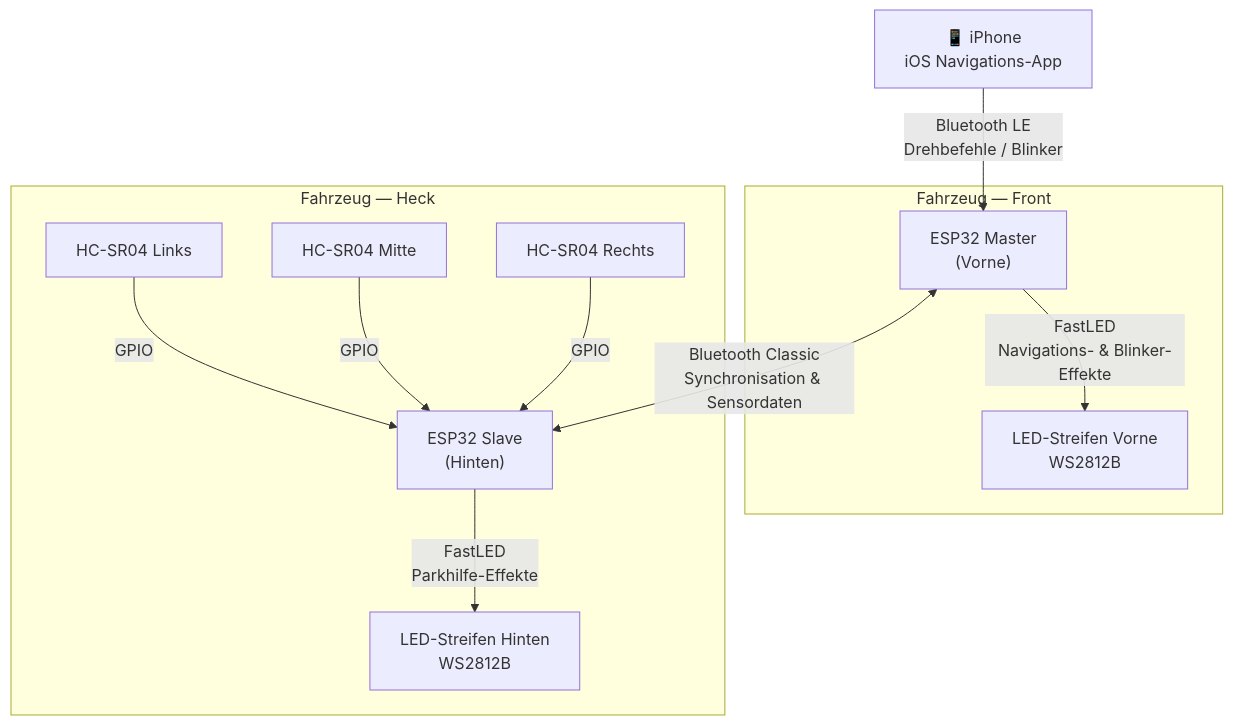
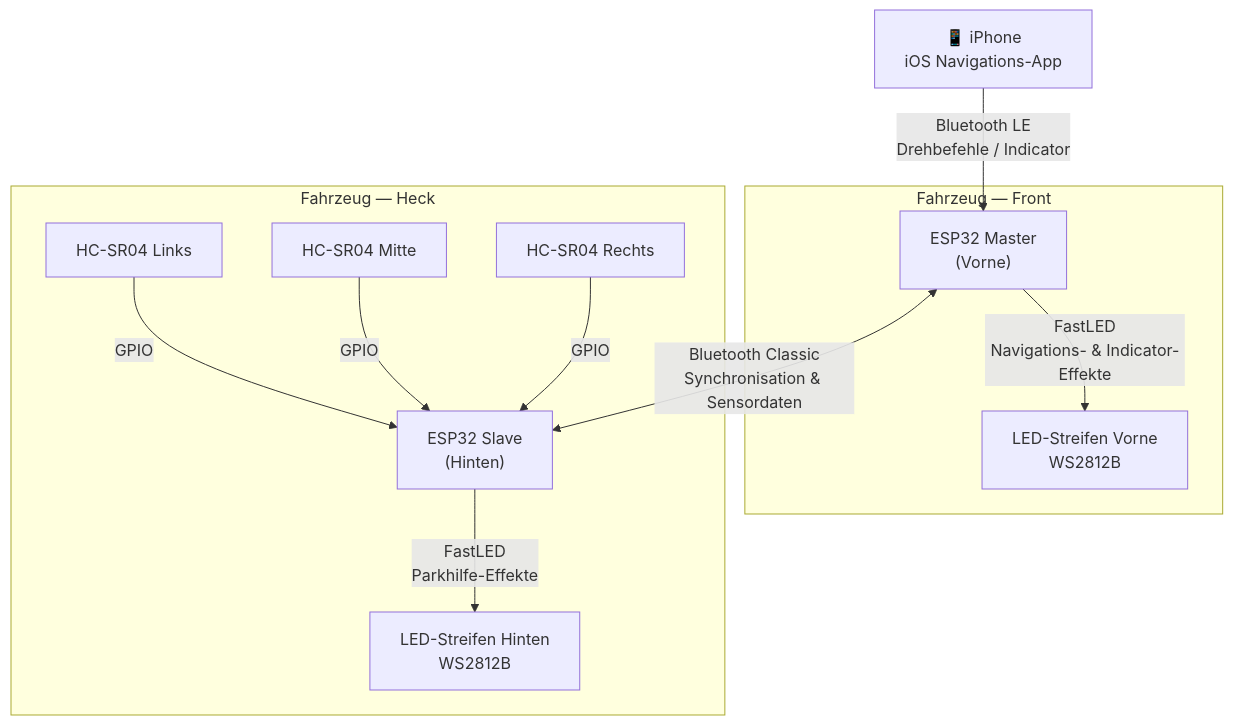
One commit to vergissberlin/ambientnav changed the diagram in docs/src/content/docs/de/architecture.md. Above: the diagram before and after it, drawn with Mermaid. The commit also changed other lines of this file and 7 other files, not shown here.

First line of the commit message:
refactor(docs): rename BLINKER_* to INDICATOR_* and enforce English for code identifiers

````diff
--- a/docs/src/content/docs/de/architecture.md
+++ b/docs/src/content/docs/de/architecture.md
@@ -8,23 +8,23 @@
 ```mermaid
 graph TB
     iPhone["📱 iPhone\niOS Navigations-App"]
 
     subgraph FRONT["Fahrzeug — Front"]
         ESP32_F["ESP32 Master\n(Vorne)"]
         LED_F["LED-Streifen Vorne\nWS2812B"]
     end
 
     subgraph REAR["Fahrzeug — Heck"]
         ESP32_R["ESP32 Slave\n(Hinten)"]
         LED_R["LED-Streifen Hinten\nWS2812B"]
         US1["HC-SR04 Links"]
         US2["HC-SR04 Mitte"]
         US3["HC-SR04 Rechts"]
     end
 
-    iPhone -->|"Bluetooth LE\nDrehbefehle / Blinker"| ESP32_F
-    ESP32_F -->|"FastLED\nNavigations- & Blinker-Effekte"| LED_F
+    iPhone -->|"Bluetooth LE\nDrehbefehle / Indicator"| ESP32_F
+    ESP32_F -->|"FastLED\nNavigations- & Indicator-Effekte"| LED_F
     ESP32_F <-->|"Bluetooth Classic\nSynchronisation & Sensordaten"| ESP32_R
     ESP32_R -->|"FastLED\nParkhilfe-Effekte"| LED_R
     US1 & US2 & US3 -->|GPIO| ESP32_R
 ```
````
